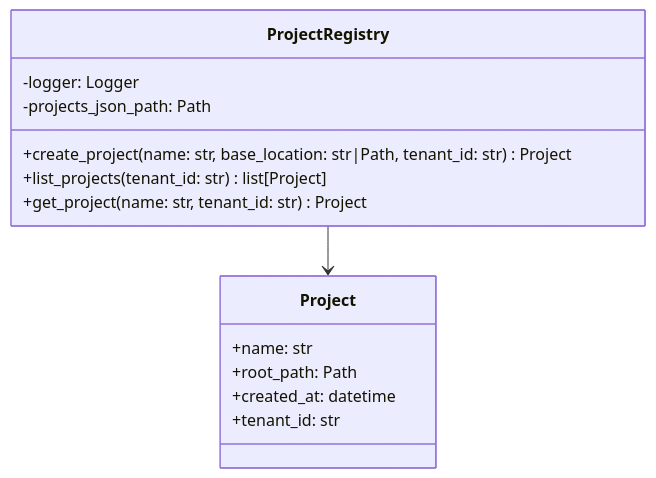
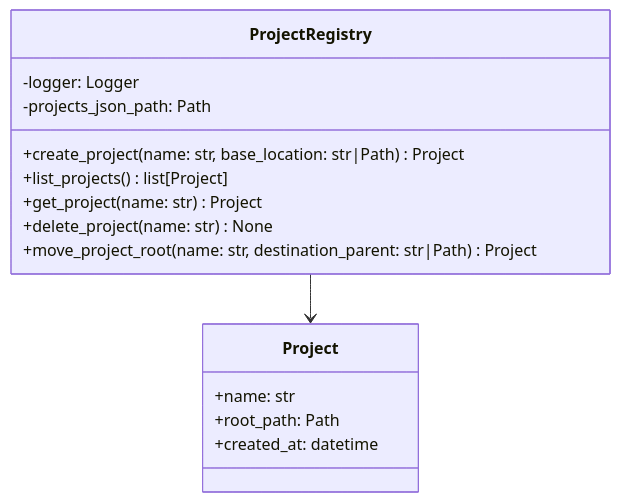
One commit to fmanza/doc_organize changed the diagram in docs/api/projects.md. Above: the diagram before and after it, drawn with Mermaid. The commit also changed other lines of this file and 175 other files, not shown here.

````diff
--- a/docs/api/projects.md
+++ b/docs/api/projects.md
@@ -7,19 +7,20 @@
 ```mermaid
 classDiagram
     class ProjectRegistry {
         -logger: Logger
         -projects_json_path: Path
-        +create_project(name: str, base_location: str|Path, tenant_id: str) Project
-        +list_projects(tenant_id: str) list[Project]
-        +get_project(name: str, tenant_id: str) Project
+        +create_project(name: str, base_location: str|Path) Project
+        +list_projects() list[Project]
+        +get_project(name: str) Project
+        +delete_project(name: str) None
+        +move_project_root(name: str, destination_parent: str|Path) Project
     }
     
     class Project {
         +name: str
         +root_path: Path
         +created_at: datetime
-        +tenant_id: str
     }
     
     ProjectRegistry --> Project
 ```
````
